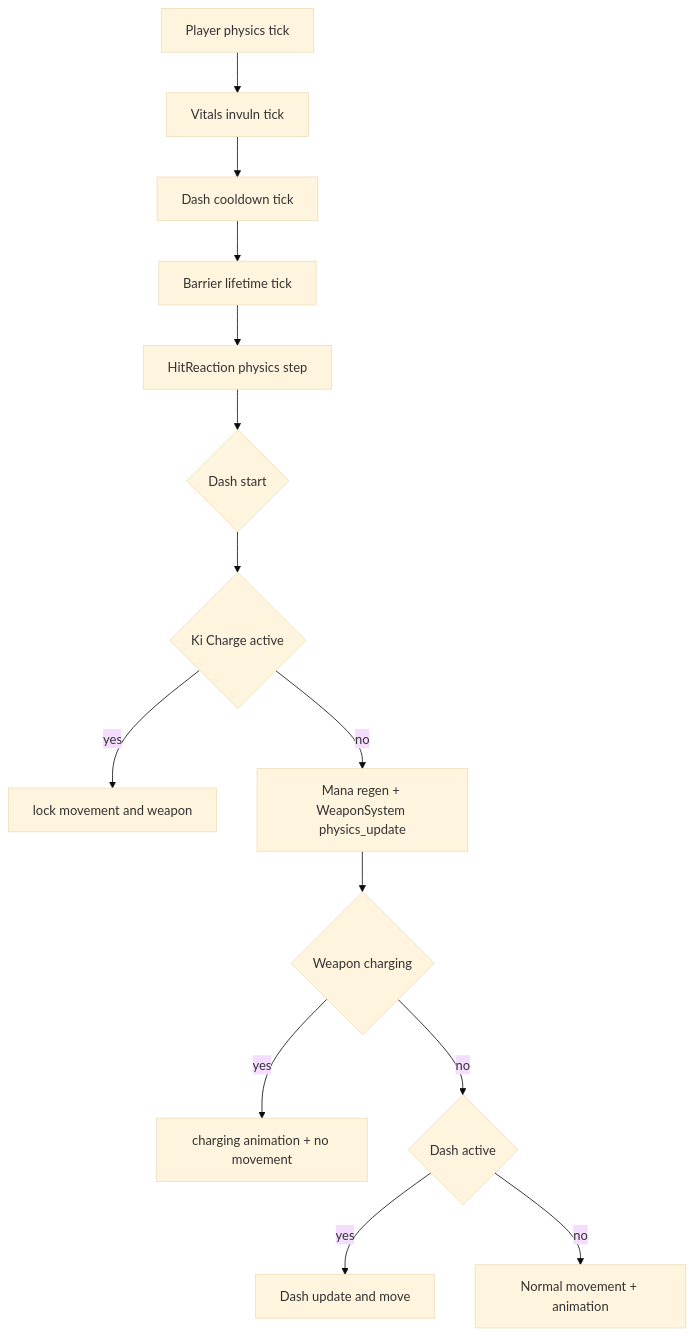
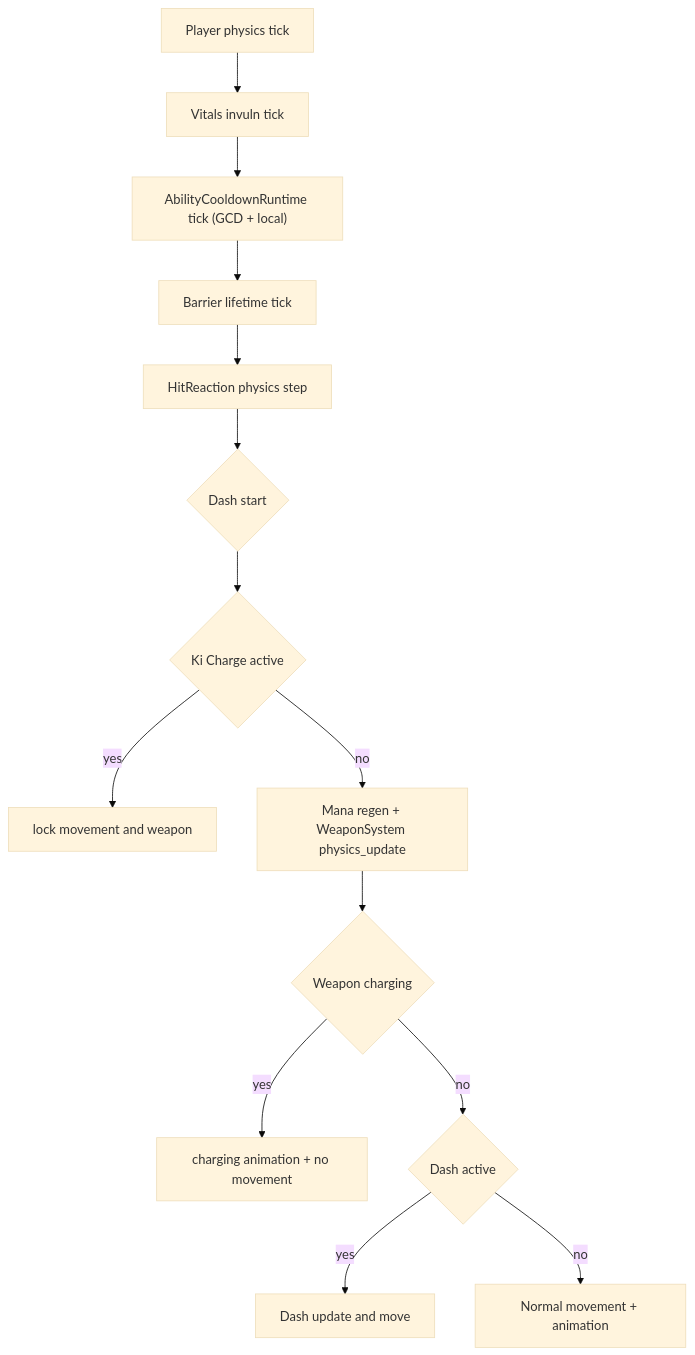
Before and after one commit to mp1707/godot-survivors-game: the fourth of 9 diagrams in ARCHITECTURE.md, drawn with Mermaid (base theme). The commit also changed other lines of this file and 20 other files, not shown here.

Commit message:
feat: implement ability cooldown system with runtime tracking and UI overlays

````diff
--- a/ARCHITECTURE.md
+++ b/ARCHITECTURE.md
@@ -105,16 +112,16 @@
 ```mermaid
 flowchart TD
     A["Player physics tick"] --> B["Vitals invuln tick"]
-    B --> C["Dash cooldown tick"]
+    B --> C["AbilityCooldownRuntime tick (GCD + local)"]
     C --> D["Barrier lifetime tick"]
     D --> E["HitReaction physics step"]
     E --> F{"Dash start"}
     F --> G{"Ki Charge active"}
     G -->|yes| H["lock movement and weapon"]
     G -->|no| I["Mana regen + WeaponSystem physics_update"]
     I --> J{"Weapon charging"}
     J -->|yes| K["charging animation + no movement"]
     J -->|no| L{"Dash active"}
     L -->|yes| M["Dash update and move"]
     L -->|no| N["Normal movement + animation"]
 ```
````
